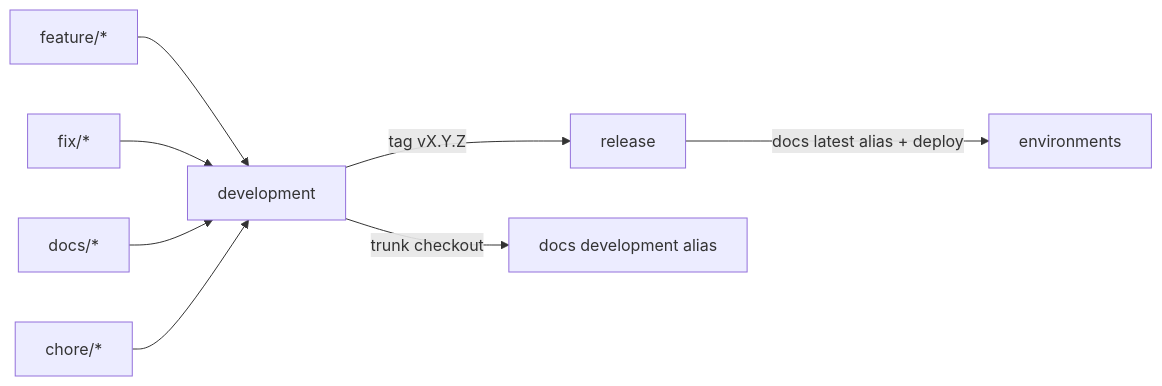
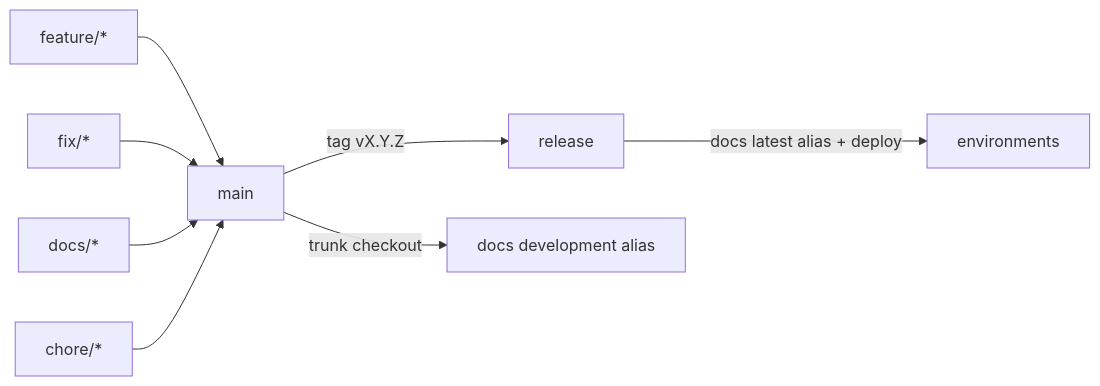
The diagram in CONTRIBUTING.md (toxicoder/inkorporated), drawn with Mermaid before and after one commit. The commit also changed other lines of this file and 593 other files, not shown here.

First line of the commit message:
docs: move the trunk name to main across docs, generators, and links

````diff
--- a/CONTRIBUTING.md
+++ b/CONTRIBUTING.md
@@ -168,10 +168,10 @@
 ```mermaid
 flowchart LR
-  feat[feature/*] --> trunk[development]
+  feat[feature/*] --> trunk[main]
   fix[fix/*] --> trunk
   docs[docs/*] --> trunk
   chore[chore/*] --> trunk
   trunk -->|tag vX.Y.Z| rel[release]
   trunk -->|trunk checkout| dev[docs development alias]
   rel -->|docs latest alias + deploy| envs[environments]
 ```
````
